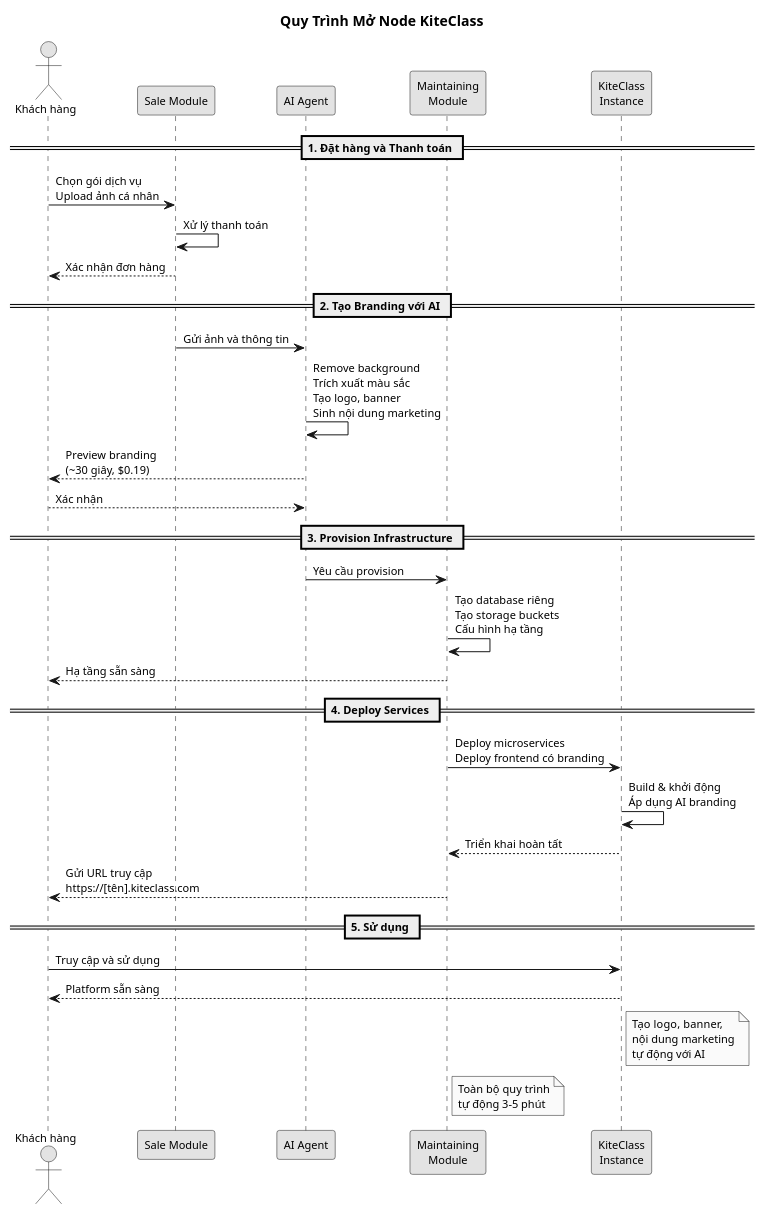
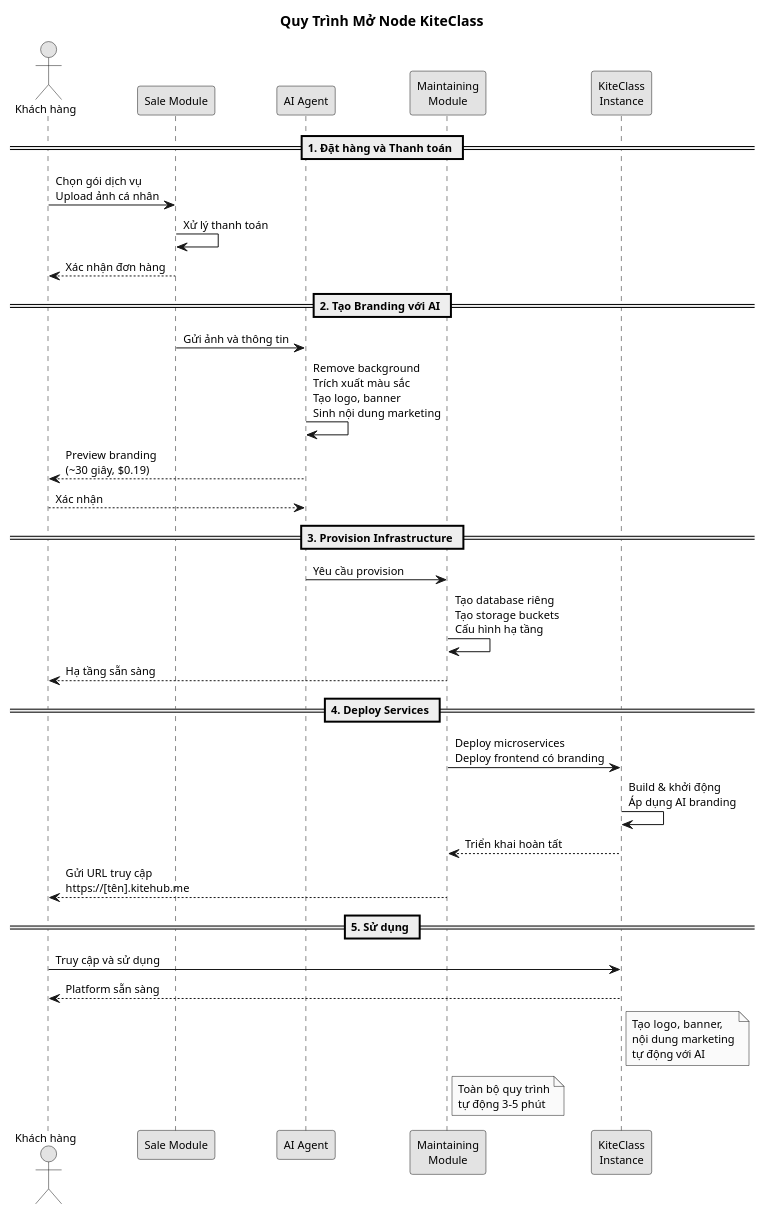
The diagram in documents/06-diagrams/plantuml/06-business-flow-v3.puml (VictorAurelius/2026-Kite-Class-Platform), drawn with PlantUML before and after one commit. The commit also changed 278 other files, not shown here.

First line of the commit message:
fix(domain): sweep stale kiteclass.vn/.com → canonical kitehub.me ({slug}.kitehub.me tenant) + CI detector (GAP-1241) (#2374)

```diff
--- a/documents/06-diagrams/plantuml/06-business-flow-v3.puml
+++ b/documents/06-diagrams/plantuml/06-business-flow-v3.puml
@@ -1,57 +1,57 @@
 @startuml business-flow-v3
 skinparam backgroundColor #FFFFFF
 skinparam defaultFontSize 11
 skinparam monochrome true
 skinparam shadowing false
 
 title Quy Trình Mở Node KiteClass
 
 actor "Khách hàng" as CUST
 participant "Sale Module" as SALE
 participant "AI Agent" as AI
 participant "Maintaining\nModule" as MAINT
 participant "KiteClass\nInstance" as KC
 
 == 1. Đặt hàng và Thanh toán ==
 
 CUST -> SALE : Chọn gói dịch vụ\nUpload ảnh cá nhân
 SALE -> SALE : Xử lý thanh toán
 SALE --> CUST : Xác nhận đơn hàng
 
 == 2. Tạo Branding với AI ==
 
 SALE -> AI : Gửi ảnh và thông tin
 AI -> AI : Remove background\nTrích xuất màu sắc\nTạo logo, banner\nSinh nội dung marketing
 AI --> CUST : Preview branding\n(~30 giây, $0.19)
 CUST --> AI : Xác nhận
 
 == 3. Provision Infrastructure ==
 
 AI -> MAINT : Yêu cầu provision
 MAINT -> MAINT : Tạo database riêng\nTạo storage buckets\nCấu hình hạ tầng
 MAINT --> CUST : Hạ tầng sẵn sàng
 
 == 4. Deploy Services ==
 
 MAINT -> KC : Deploy microservices\nDeploy frontend có branding
 KC -> KC : Build & khởi động\nÁp dụng AI branding
 KC --> MAINT : Triển khai hoàn tất
-MAINT --> CUST : Gửi URL truy cập\nhttps://[tên].kiteclass.com
+MAINT --> CUST : Gửi URL truy cập\nhttps://[tên].kitehub.me
 
 == 5. Sử dụng ==
 
 CUST -> KC : Truy cập và sử dụng
 KC --> CUST : Platform sẵn sàng
 
 note right of KC
   Tạo logo, banner,
   nội dung marketing
   tự động với AI
 end note
 
 note right of MAINT
   Toàn bộ quy trình
   tự động 3-5 phút
 end note
 
 @enduml
```
